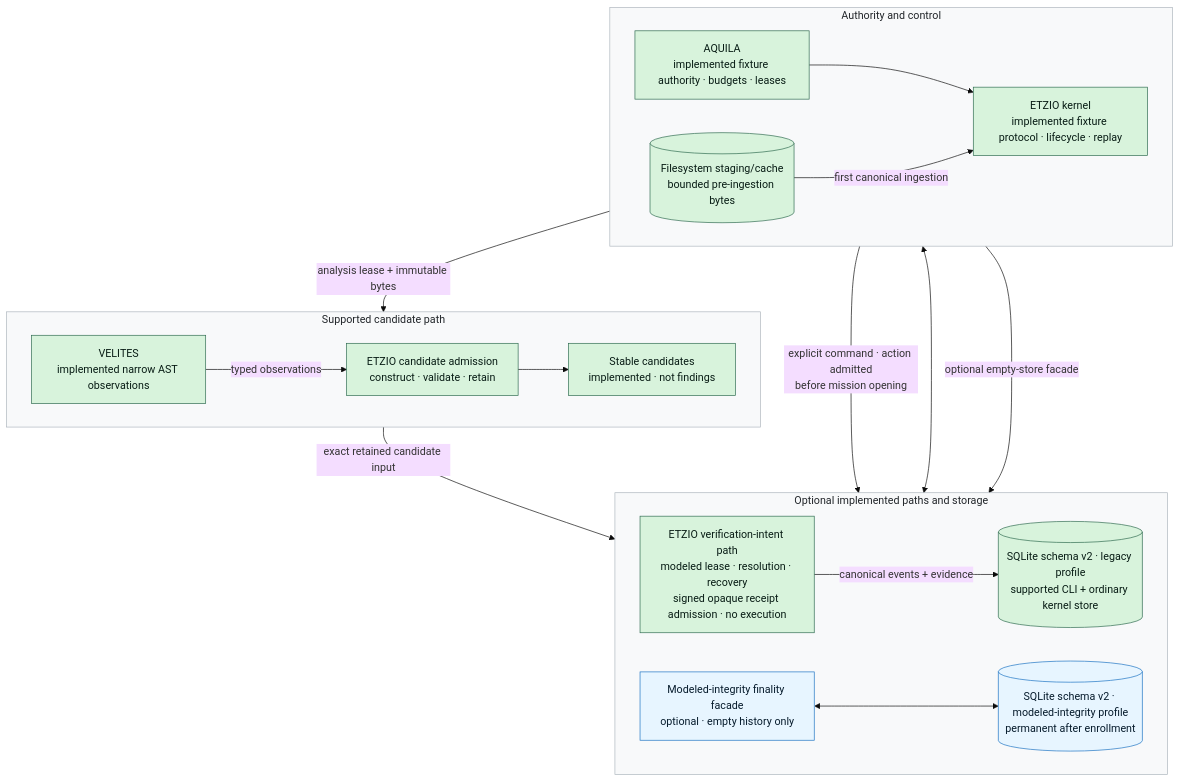
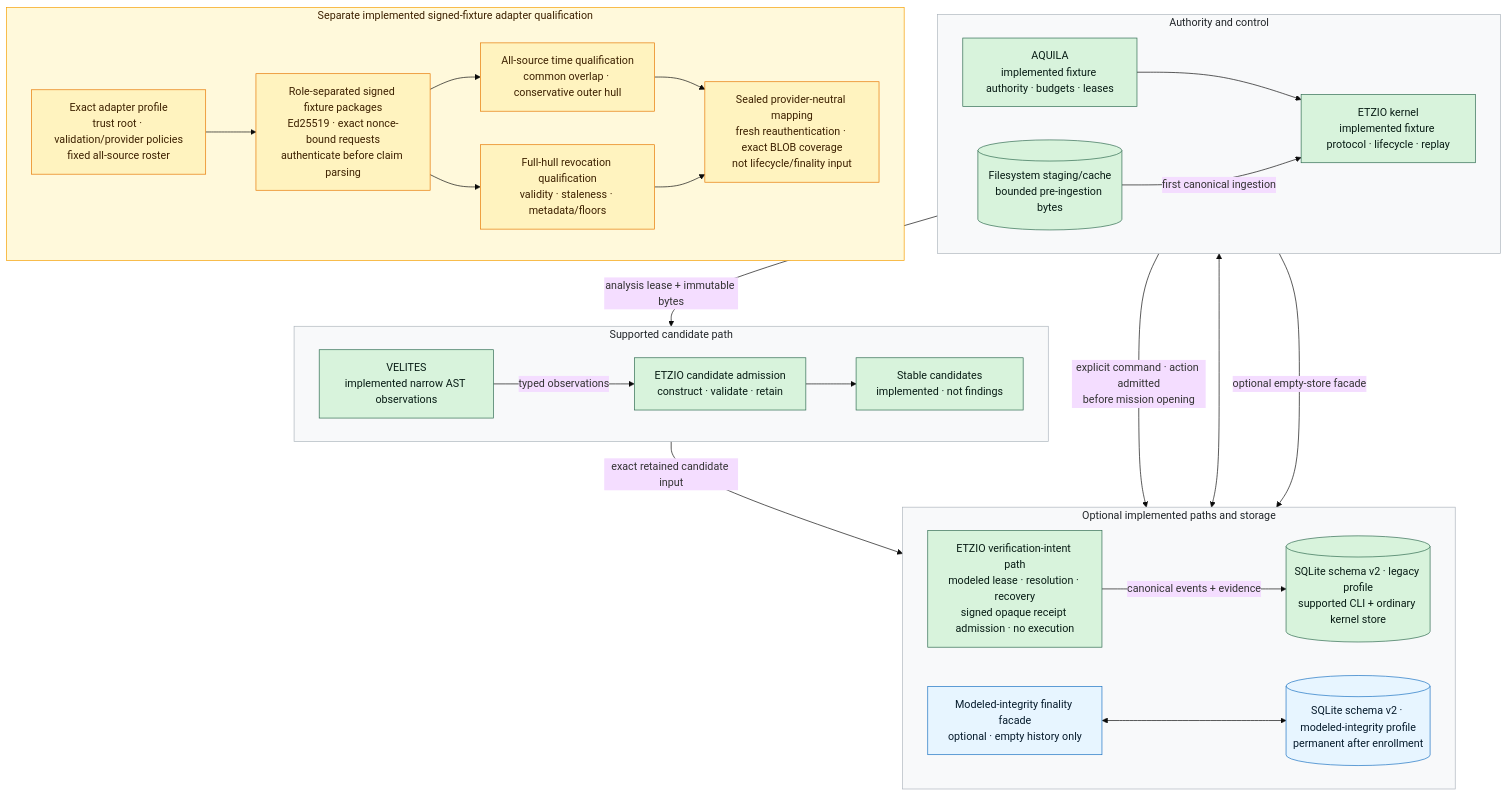
Before and after one commit to manfromnowhere143/etzio: the first of 2 diagrams in README.md, drawn with Mermaid (base theme). The commit also changed other lines of this file and 11 other files, not shown here.

Commit message:
feat(kernel): qualify networkless time and revocation adapters

````diff
--- a/README.md
+++ b/README.md
@@ -192,43 +217,60 @@
 ```mermaid
 flowchart TB
     subgraph AUTH["Authority and control"]
         direction LR
         AQ["AQUILA<br/>implemented fixture authority · budgets · leases"]
         S[("Filesystem staging/cache<br/>bounded pre-ingestion bytes")]
         K["ETZIO kernel<br/>implemented fixture protocol · lifecycle · replay"]
     end
 
     subgraph SCAN["Supported candidate path"]
         direction LR
         V["VELITES<br/>implemented narrow AST observations"]
         KC["ETZIO candidate admission<br/>construct · validate · retain"]
         C["Stable candidates<br/>implemented · not findings"]
     end
 
     subgraph OPTIONAL["Optional implemented paths and storage"]
         direction LR
         VR["ETZIO verification-intent path<br/>modeled lease · resolution · recovery<br/>signed opaque receipt admission · no execution"]
         DBL[("SQLite schema v2 · legacy profile<br/>supported CLI + ordinary kernel store")]
         IF["Modeled-integrity finality facade<br/>optional · empty history only"]
         DBM[("SQLite schema v2 · modeled-integrity profile<br/>permanent after enrollment")]
     end
 
+    subgraph QUAL["Separate implemented signed-fixture adapter qualification"]
+        direction LR
+        AP["Exact adapter profile<br/>trust root · validation/provider policies<br/>fixed all-source roster"]
+        SP["Role-separated signed fixture packages<br/>Ed25519 · exact nonce-bound requests<br/>authenticate before claim parsing"]
+        TH["All-source time qualification<br/>common overlap · conservative outer hull"]
+        RF["Full-hull revocation qualification<br/>validity · staleness · metadata/floors"]
+        SM["Sealed provider-neutral mapping<br/>fresh reauthentication · exact BLOB coverage<br/>not lifecycle/finality input"]
+    end
+
     AQ --> K
     S -->|"first canonical ingestion"| K
     K -->|"analysis lease + immutable bytes"| V
     V -->|"typed observations"| KC --> C
     K -->|"explicit command · action admitted<br/>before mission opening"| VR
     C -->|"exact retained candidate input"| VR
     VR -->|"canonical events + evidence"| DBL
     K <--> DBL
     K -->|"optional empty-store facade"| IF
     IF <--> DBM
+    AP --> SP
+    SP --> TH
+    SP --> RF
+    TH --> SM
+    RF --> SM
 
     classDef implemented fill:#d8f3dc,stroke:#2d6a4f,color:#081c15;
     classDef fixture fill:#e7f5ff,stroke:#1971c2,color:#061b2c;
+    classDef qualification fill:#fff3bf,stroke:#e67700,color:#3d2100;
     class AQ,K,S,DBL,V,KC,C,VR implemented;
     class IF,DBM fixture;
+    class AP,SP,TH,RF,SM qualification;
     style AUTH fill:#f8f9fa,stroke:#adb5bd,color:#212529
     style SCAN fill:#f8f9fa,stroke:#adb5bd,color:#212529
     style OPTIONAL fill:#f8f9fa,stroke:#adb5bd,color:#212529
+    style QUAL fill:#fff9db,stroke:#f59f00,color:#3d2100
 ```
````
